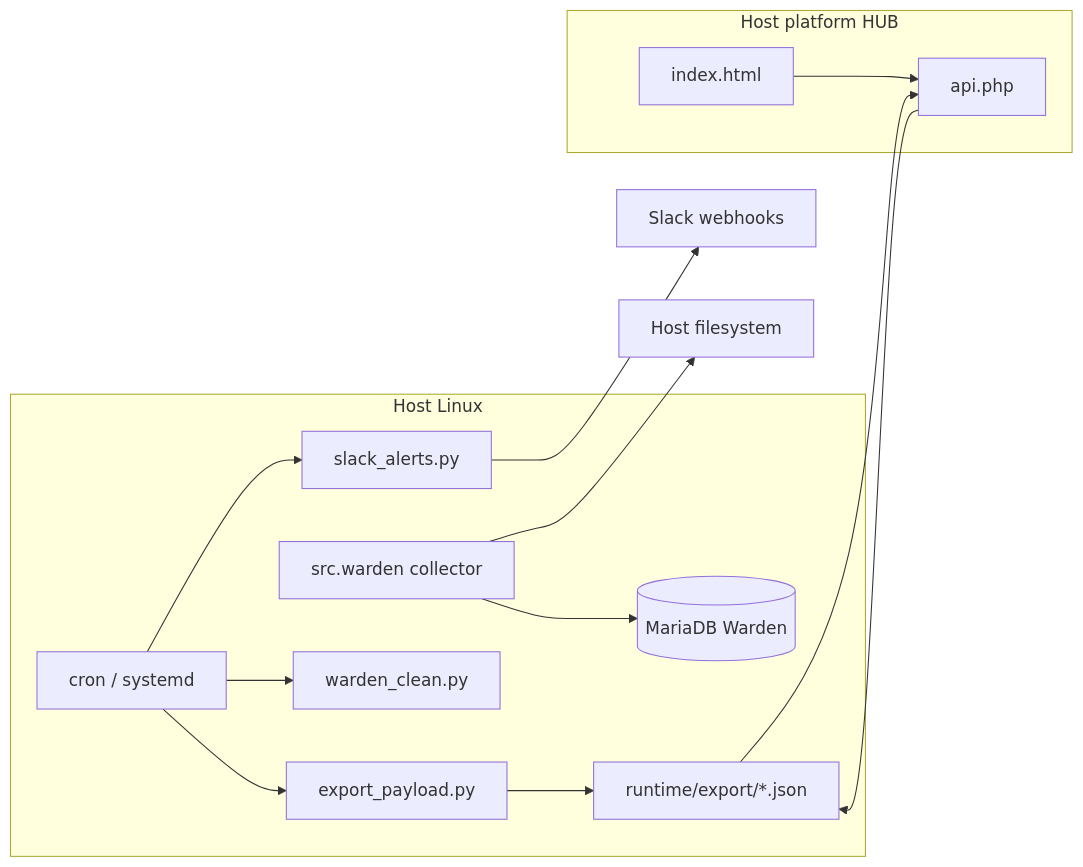
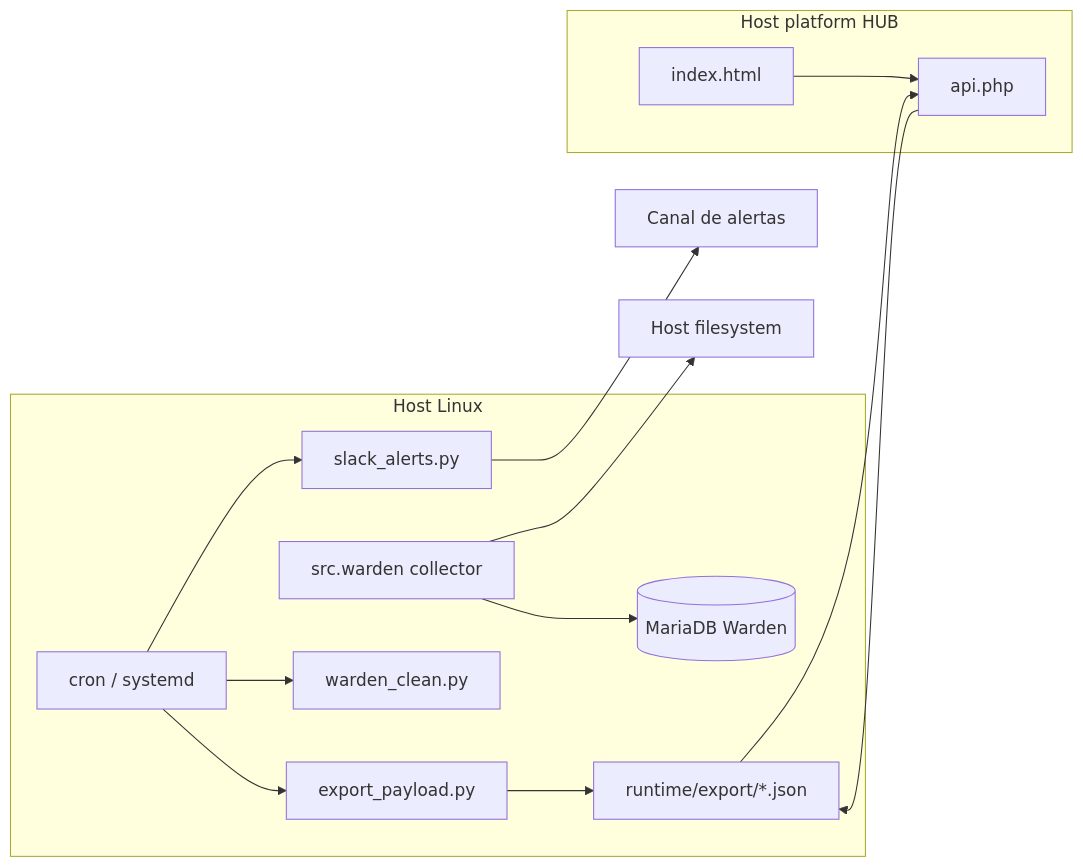
The diagram in README.md (emanuwells/Warden), drawn with Mermaid before and after one commit. The commit also changed other lines of this file and 34 other files, not shown here.

````diff
--- a/README.md
+++ b/README.md
@@ -36,24 +36,24 @@
 ```mermaid
 flowchart LR
   subgraph host [Host Linux]
     warden[src.warden collector]
     cron[cron / systemd]
     export[export_payload.py]
     clean[warden_clean.py]
     slack[slack_alerts.py]
     warden --> dbW[(MariaDB Warden)]
     cron --> export
     cron --> clean
     cron --> slack
     export --> snapshots[runtime/export/*.json]
   end
   subgraph frontendConsumer [Host platform HUB]
     api[api.php]
     ui[index.html]
     api --> snapshots
     ui --> api
   end
   snapshots --> api
-  slack --> slackExt[Slack webhooks]
+  slack --> alertChannel[Canal de alertas]
   warden --> monitor[Host filesystem]
 ```
````
